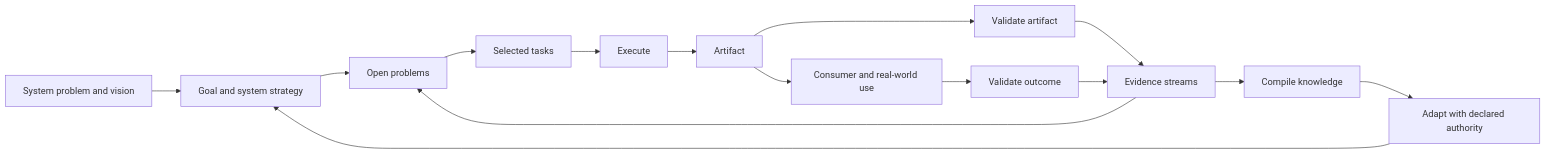
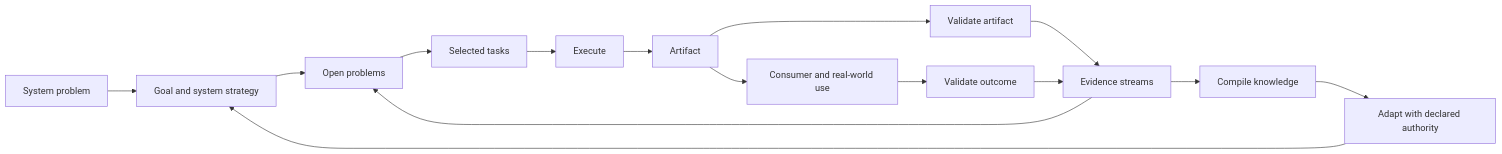
Before and after one commit to flooper68/adaptive-problem-solving-systems: the diagram in framework/README.md, drawn with Mermaid. The commit also changed other lines of this file and 96 other files, not shown here.

````diff
--- a/framework/README.md
+++ b/framework/README.md
@@ -31,17 +32,17 @@
 ```mermaid
 flowchart LR
-    problem["System problem and vision"] --> strategy["Goal and system strategy"]
+    problem["System problem"] --> strategy["Goal and system strategy"]
     strategy --> openProblems["Open problems"]
     openProblems --> tasks["Selected tasks"]
     tasks --> execute["Execute"]
     execute --> artifact["Artifact"]
     artifact --> artifactValidation["Validate artifact"]
     artifact --> consumer["Consumer and real-world use"]
     consumer --> outcomeValidation["Validate outcome"]
     artifactValidation --> evidence["Evidence streams"]
     outcomeValidation --> evidence
     evidence --> openProblems
     evidence --> compile["Compile knowledge"]
     compile --> adapt["Adapt with declared authority"]
     adapt --> strategy
 ```
````
